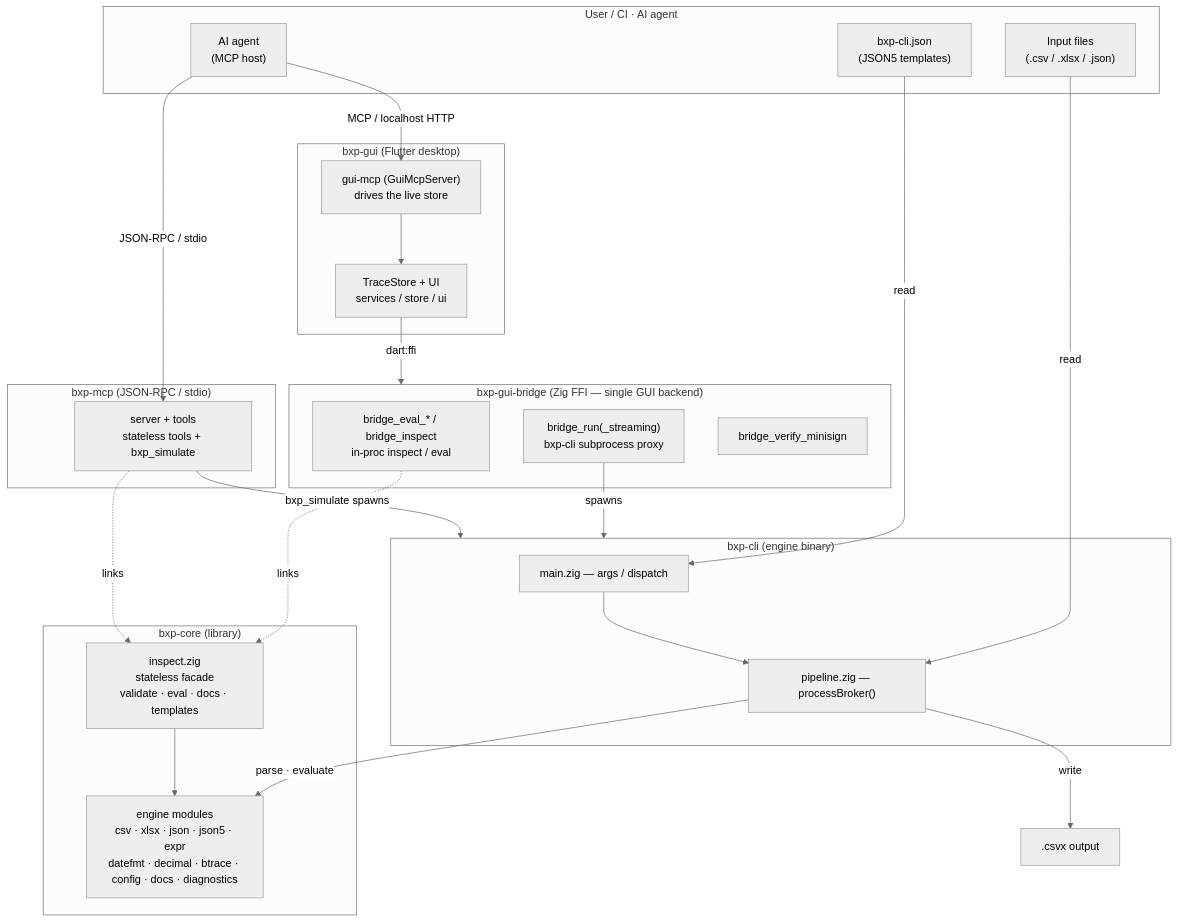
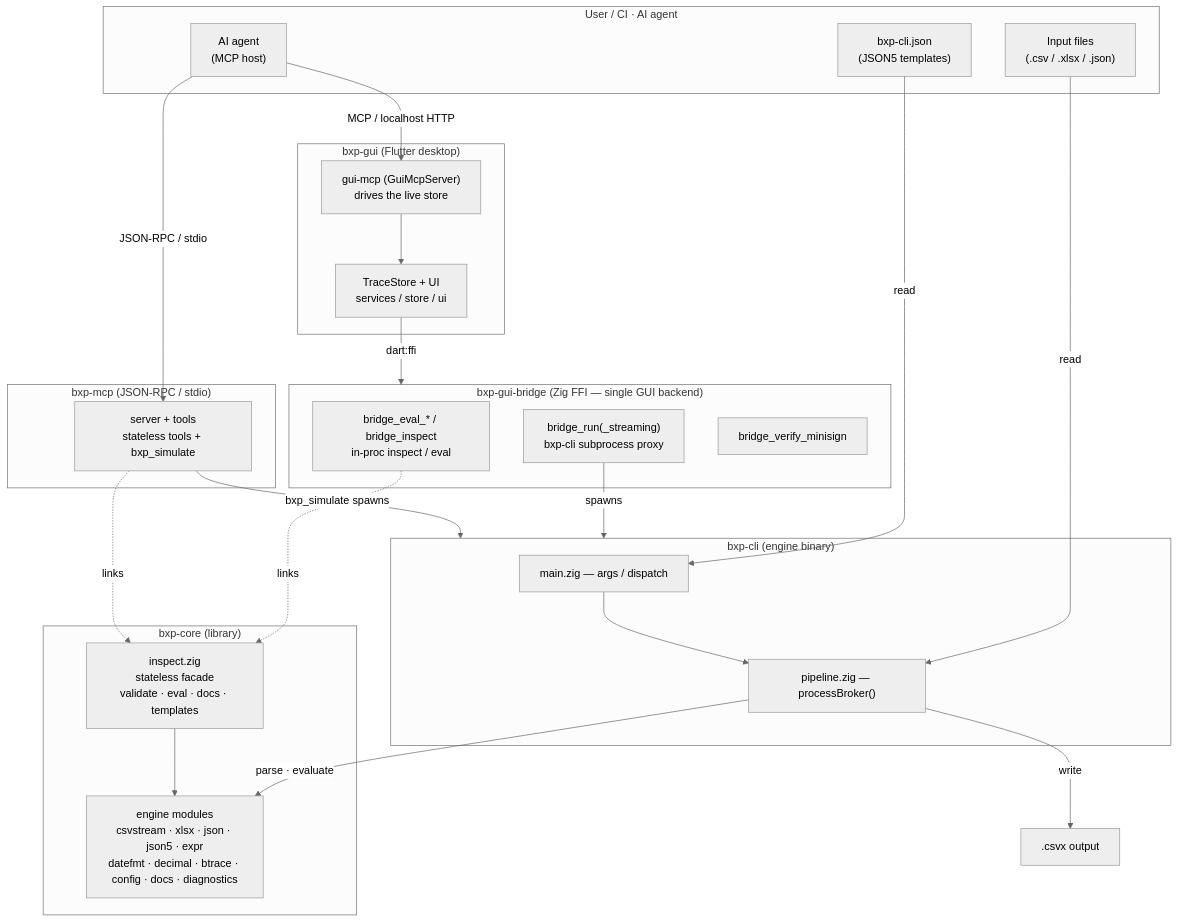
Before and after one commit to zaxified/bxp: the diagram in docs/dev/architecture/index.md, drawn with Mermaid (neutral theme). The commit also changed 51 other files, not shown here.

````diff
--- a/docs/dev/architecture/index.md
+++ b/docs/dev/architecture/index.md
@@ -12,53 +12,53 @@
 ```mermaid
 graph TD
     subgraph Actors["User / CI · AI agent"]
         CFG["bxp-cli.json<br/>(JSON5 templates)"]
         DATA["Input files<br/>(.csv / .xlsx / .json)"]
         AGENT["AI agent<br/>(MCP host)"]
     end
 
     subgraph GUI["bxp-gui (Flutter desktop)"]
         GUIMCP["gui-mcp (GuiMcpServer)<br/>drives the live store"]
         STORE["TraceStore + UI<br/>services / store / ui"]
     end
 
     subgraph MCP["bxp-mcp (JSON-RPC / stdio)"]
         MCPSRV["server + tools<br/>stateless tools + bxp_simulate"]
     end
 
     subgraph BRIDGE["bxp-gui-bridge (Zig FFI — single GUI backend)"]
         BEVAL["bridge_eval_* / bridge_inspect<br/>in-proc inspect / eval"]
         BRUN["bridge_run(_streaming)<br/>bxp-cli subprocess proxy"]
         BSIG["bridge_verify_minisign"]
     end
 
     subgraph CLI["bxp-cli (engine binary)"]
         MAIN["main.zig — args / dispatch"]
         PIPE["pipeline.zig — processBroker()"]
     end
 
     subgraph Core["bxp-core (library)"]
         INSPECT["inspect.zig<br/>stateless facade<br/>validate · eval · docs · templates"]
-        ENGINE["engine modules<br/>csv · xlsx · json · json5 · expr<br/>datefmt · decimal · btrace · config · docs · diagnostics"]
+        ENGINE["engine modules<br/>csvstream · xlsx · json · json5 · expr<br/>datefmt · decimal · btrace · config · docs · diagnostics"]
     end
 
     OUT[".csvx output"]
 
     AGENT -->|JSON-RPC / stdio| MCPSRV
     AGENT -->|MCP / localhost HTTP| GUIMCP
     CFG -->|read| MAIN
     DATA -->|read| PIPE
 
     GUIMCP --> STORE
     STORE -->|dart:ffi| BRIDGE
     BEVAL -.links.-> INSPECT
     BRUN -->|spawns| CLI
 
     MCPSRV -.links.-> INSPECT
     MCPSRV -->|bxp_simulate spawns| CLI
 
     MAIN --> PIPE
     PIPE -->|parse · evaluate| ENGINE
     PIPE -->|write| OUT
     INSPECT --> ENGINE
 ```
````
